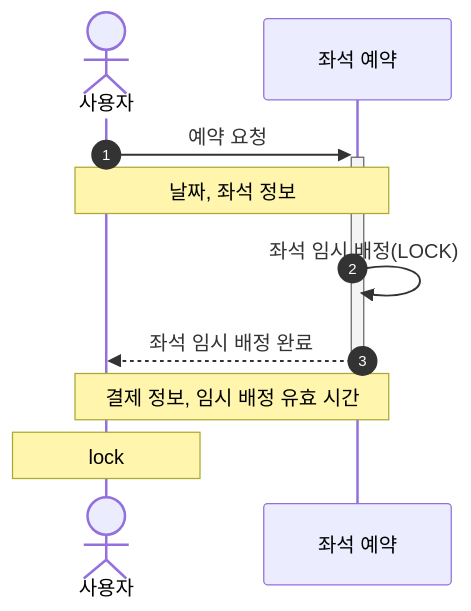
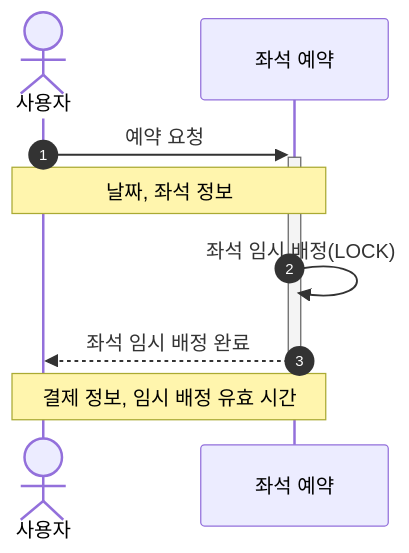
One commit to kdelay/Concert-Booking changed the fifth of 8 diagrams in README.md. Above: the diagram before and after it, drawn with Mermaid. The commit also changed other lines of this file, not shown here.

````diff
--- a/README.md
+++ b/README.md
@@ -110,11 +117,10 @@
 ```mermaid
 sequenceDiagram
     autonumber
     actor 사용자
     사용자 ->>+ 좌석 예약: 예약 요청
     Note over 사용자, 좌석 예약: 날짜, 좌석 정보
     좌석 예약 ->> 좌석 예약: 좌석 임시 배정(LOCK)
     좌석 예약 -->>- 사용자: 좌석 임시 배정 완료
     Note over 사용자, 좌석 예약: 결제 정보, 임시 배정 유효 시간
-    Note over 사용자: lock
 ```
````
